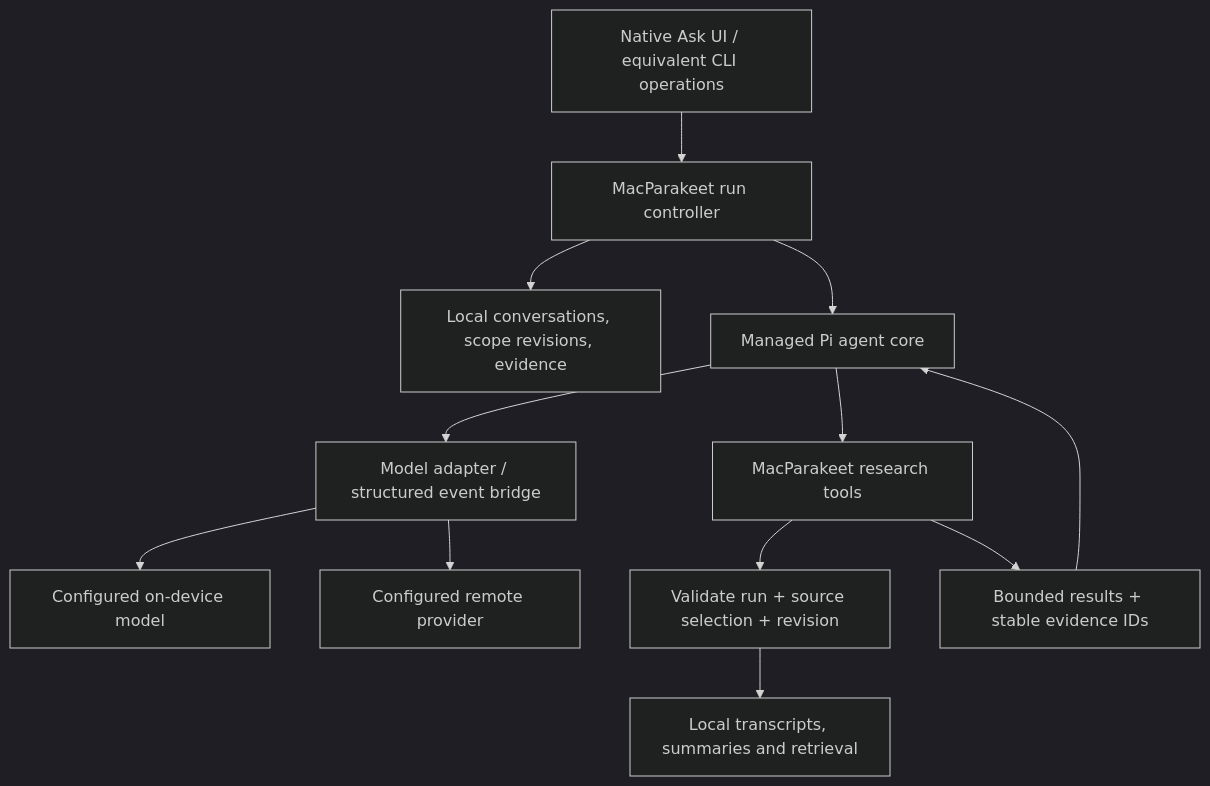
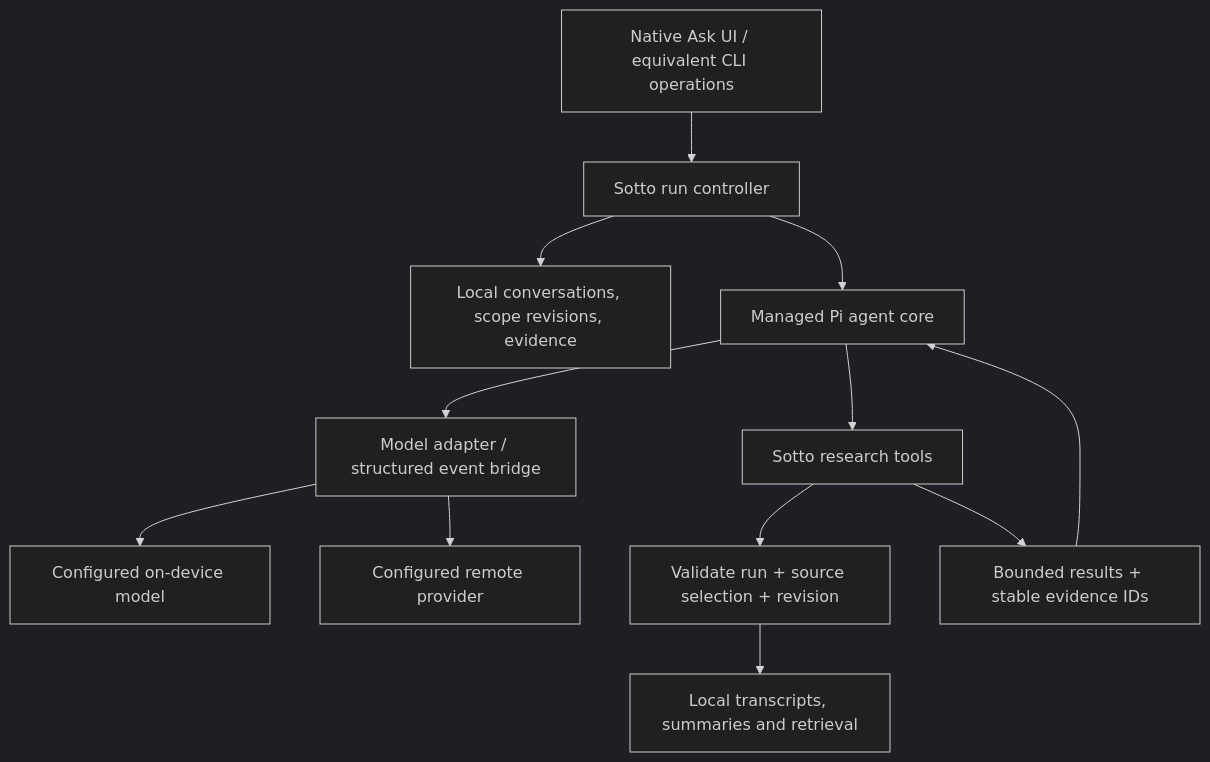
The diagram in docs/research/2026-09-25-meeting-chat-workspace/model-agnostic-design.md (buluma/sotto), drawn with Mermaid (dark theme) before and after one commit. The commit also changed other lines of this file and 2521 other files, not shown here.

````diff
--- a/docs/research/2026-09-25-meeting-chat-workspace/model-agnostic-design.md
+++ b/docs/research/2026-09-25-meeting-chat-workspace/model-agnostic-design.md
@@ -23,14 +23,14 @@
 ```mermaid
 flowchart TB
-    UI["Native Ask UI / equivalent CLI operations"] --> APP["MacParakeet run controller"]
+    UI["Native Ask UI / equivalent CLI operations"] --> APP["Sotto run controller"]
     APP --> STATE["Local conversations, scope revisions, evidence"]
     APP --> PI["Managed Pi agent core"]
     PI --> BRIDGE["Model adapter / structured event bridge"]
     BRIDGE --> LOCAL["Configured on-device model"]
     BRIDGE --> REMOTE["Configured remote provider"]
-    PI --> TOOLS["MacParakeet research tools"]
+    PI --> TOOLS["Sotto research tools"]
     TOOLS --> SCOPE["Validate run + source selection + revision"]
     SCOPE --> DATA["Local transcripts, summaries and retrieval"]
     TOOLS --> EVIDENCE["Bounded results + stable evidence IDs"]
     EVIDENCE --> PI
 ```
````
